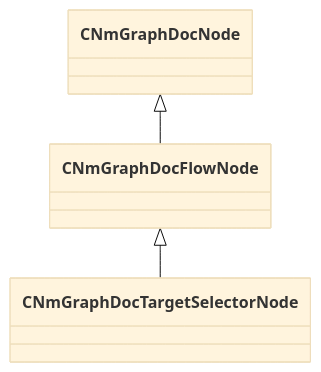
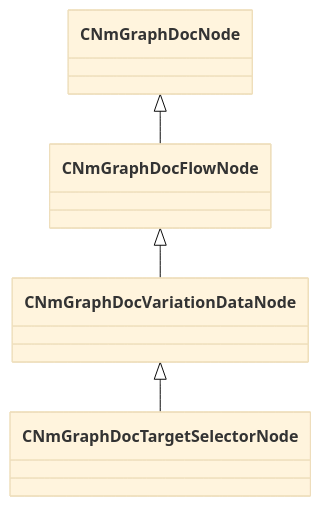
Before and after one commit to CS2OpenDev/CS2OpenDev-Docs: the diagram in docs/generated/schemas/animdoclib/CNmGraphDocTargetSelectorNode.md, drawn with Mermaid (base theme). The commit also changed other lines of this file and 4654 other files, not shown here.

Commit message:
docs: regenerate for SchemaTracker build 25947352 [skip ci]

````diff
--- a/docs/generated/schemas/animdoclib/CNmGraphDocTargetSelectorNode.md
+++ b/docs/generated/schemas/animdoclib/CNmGraphDocTargetSelectorNode.md
@@ -19,5 +19,6 @@
 ```mermaid
 classDiagram
-    CNmGraphDocFlowNode <|-- CNmGraphDocTargetSelectorNode
+    CNmGraphDocVariationDataNode <|-- CNmGraphDocTargetSelectorNode
+    CNmGraphDocFlowNode <|-- CNmGraphDocVariationDataNode
     CNmGraphDocNode <|-- CNmGraphDocFlowNode
 ```
````
